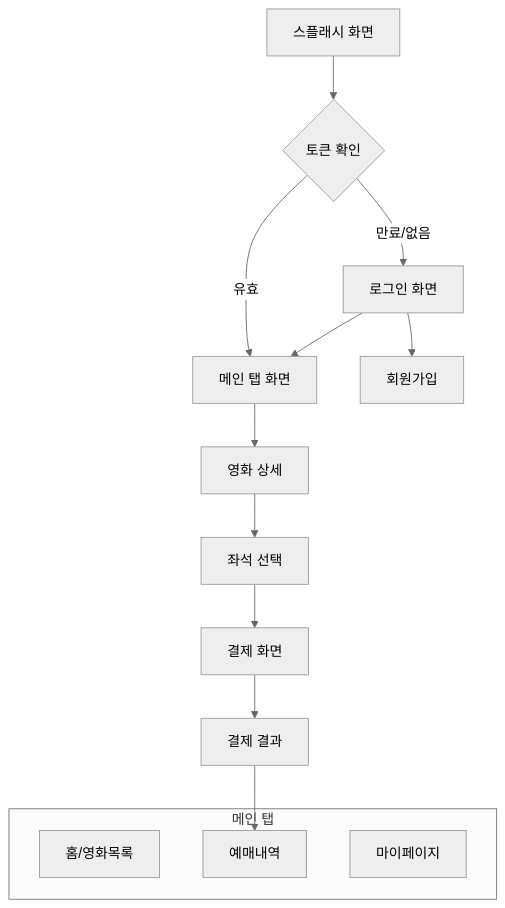
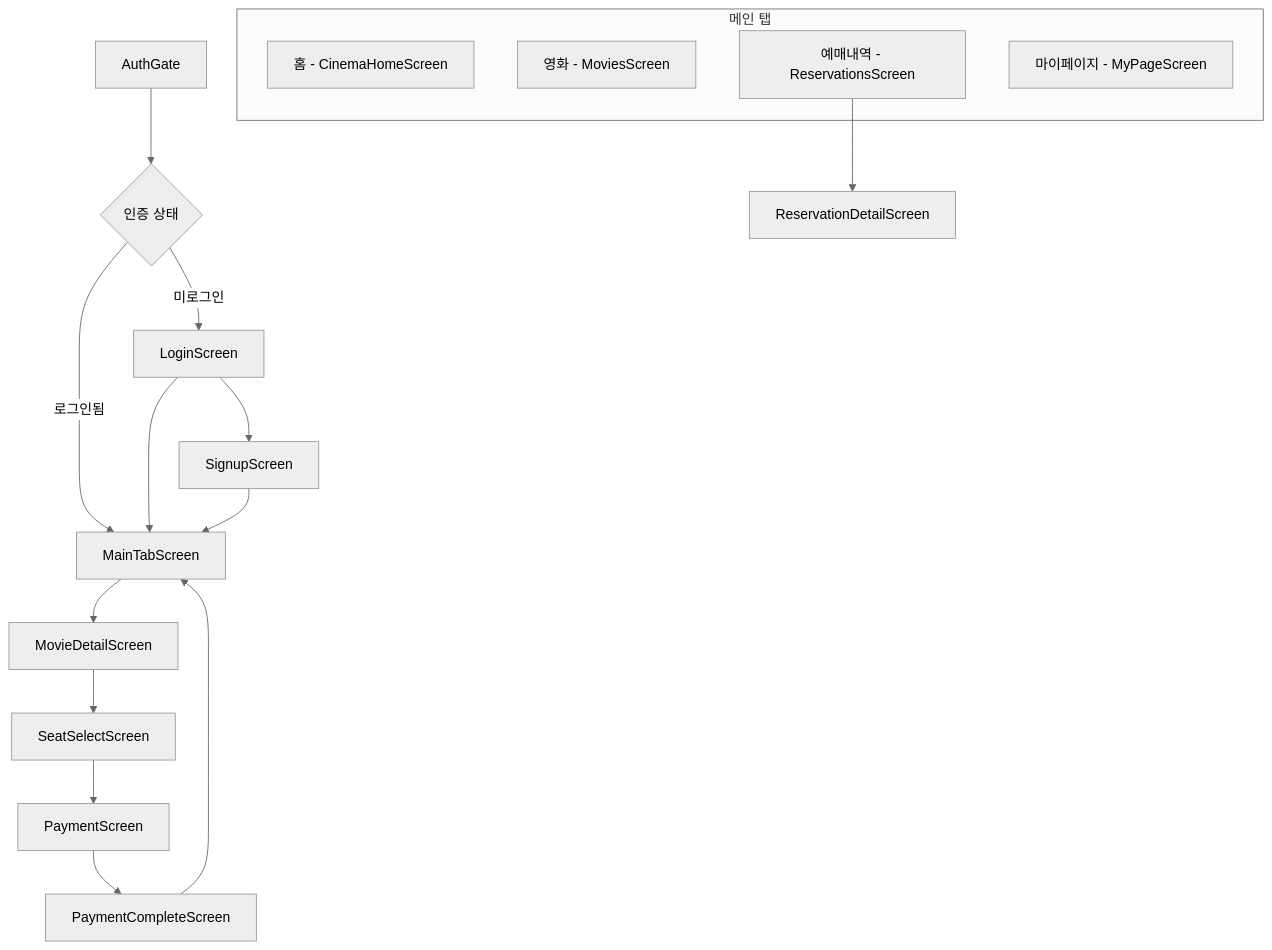
One commit to VelkaressiaBlutkrone/spring-cinema-app-ex changed the first of 2 diagrams in doc/ARCHITECTURE_MOBILE.md. Above: the diagram before and after it, drawn with Mermaid (neutral theme). The commit also changed other lines of this file and 15 other files, not shown here.

````diff
--- a/doc/ARCHITECTURE_MOBILE.md
+++ b/doc/ARCHITECTURE_MOBILE.md
@@ -7,23 +9,27 @@
 ```mermaid
 graph TD
-    Splash[스플래시 화면] --> AuthCheck{토큰 확인}
+    AuthGate[AuthGate] --> AuthCheck{인증 상태}
 
-    AuthCheck -- 유효 --> MainTab[메인 탭 화면]
-    AuthCheck -- 만료/없음 --> Login[로그인 화면]
+    AuthCheck -- 로그인됨 --> MainTab[MainTabScreen]
+    AuthCheck -- 미로그인 --> Login[LoginScreen]
 
-    Login --> SignUp[회원가입]
+    Login --> SignUp[SignupScreen]
     Login --> MainTab
+    SignUp --> MainTab
 
     subgraph Main [메인 탭]
-        Home[홈/영화목록]
-        Ticket[예매내역]
-        My[마이페이지]
+        Home[홈 - CinemaHomeScreen]
+        Movies[영화 - MoviesScreen]
+        Reservations[예매내역 - ReservationsScreen]
+        MyPage[마이페이지 - MyPageScreen]
     end
 
-    MainTab --> MovieDetail[영화 상세]
-    MovieDetail --> SeatSelect[좌석 선택]
+    MainTab --> MovieDetail[MovieDetailScreen]
+    MovieDetail --> SeatSelect[SeatSelectScreen]
 
-    SeatSelect --> Payment[결제 화면]
-    Payment --> Result[결제 결과]
-    Result --> Ticket
+    SeatSelect --> Payment[PaymentScreen]
+    Payment --> Result[PaymentCompleteScreen]
+    Result --> MainTab
+
+    Reservations --> ReservationDetail[ReservationDetailScreen]
 ```
````
